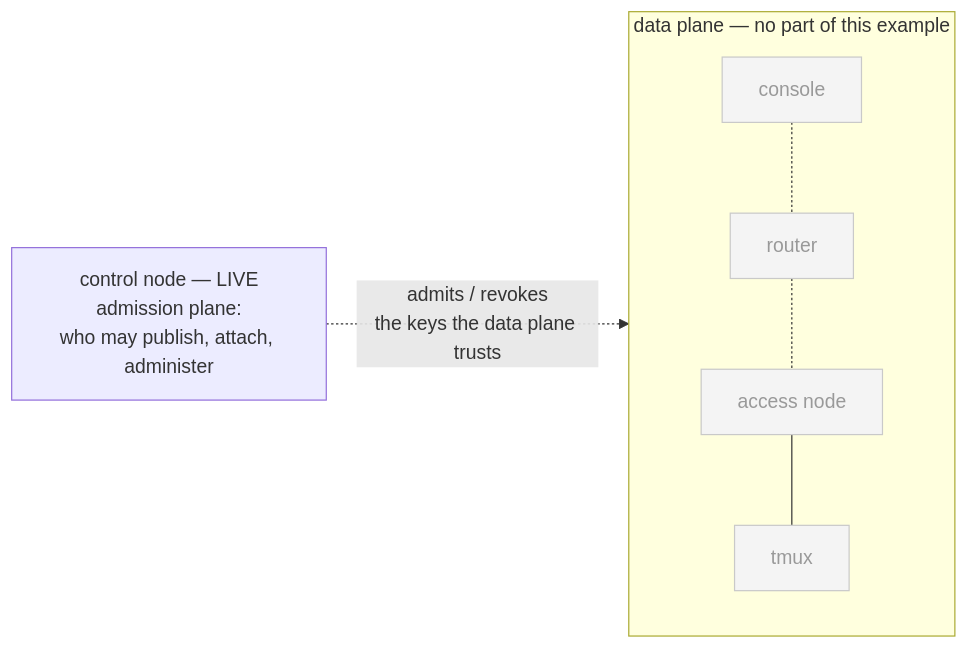
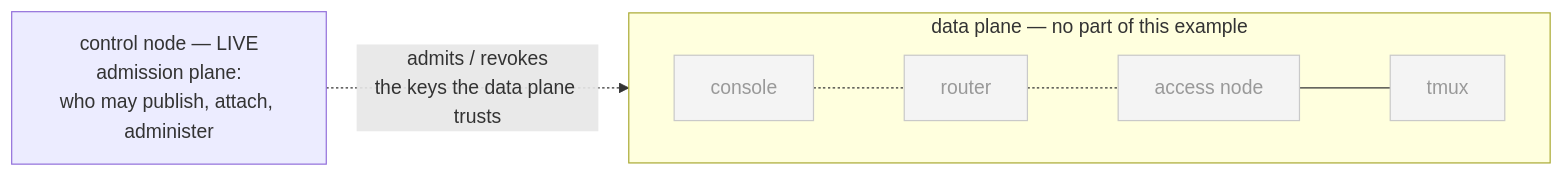
One commit to ArcavenAE/switchboard-blue changed the first of 3 diagrams in examples/02-admin-fails-closed/README.md. Above: the diagram before and after it, drawn with Mermaid. The commit also changed 2 other files, not shown here.

Commit message:
docs(examples): force LR rendering on nested overview subgraphs; 06 ground level TB -> LR
- 05 network view: edges moved inside the svtn subgraph and explicit
  'direction LR' set on svtn + work — nested subgraphs otherwise let
  the renderer stack console/directory/router vertically despite the
  top-level graph LR
- 02 network view: same 'direction LR' hint on the data-plane subgraph
  (its chain lives entirely inside the box, so the hint is honored)
- 06 ground level: graph TB -> LR — operator initiates from the left,
  router and both team boxes rank right; content unchanged

````diff
--- a/examples/02-admin-fails-closed/README.md
+++ b/examples/02-admin-fails-closed/README.md
@@ -17,12 +17,13 @@
 ```mermaid
 graph LR
     subgraph data["data plane — no part of this example"]
+        direction LR
         CN["console"] -.- R["router"]
         R -.- AN["access node"]
         AN --- TM["tmux"]
     end
     CT["control node — LIVE<br/>admission plane:<br/>who may publish, attach, administer"]
     CT -. "admits / revokes<br/>the keys the data plane trusts" .-> data
     classDef dim fill:#f4f4f4,stroke:#c9c9c9,color:#999999
     class TM,AN,R,CN dim
 ```
````
